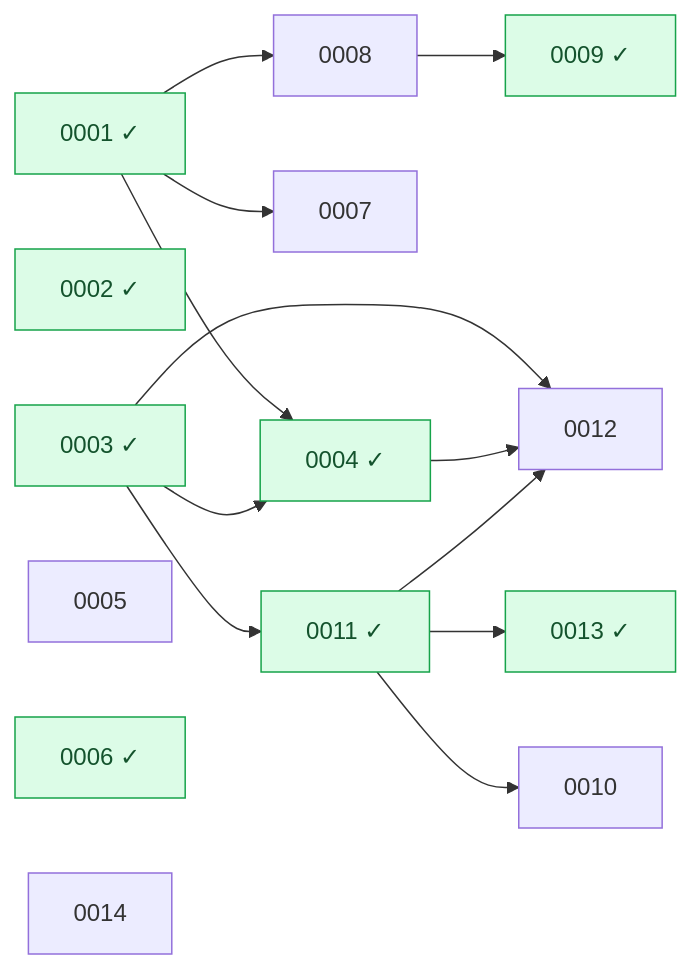
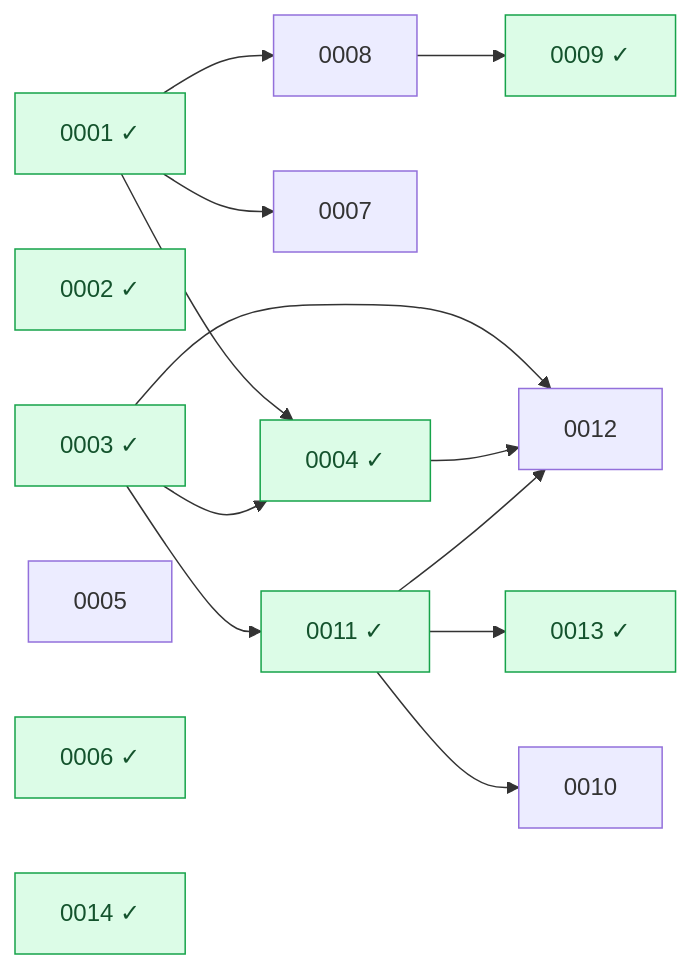
Before and after one commit to Heva-Co/piro: the diagram in docs/rfcs/README.md, drawn with Mermaid. The commit also changed other lines of this file and 1 other file, not shown here.

````diff
--- a/docs/rfcs/README.md
+++ b/docs/rfcs/README.md
@@ -38,37 +38,38 @@
 ```mermaid
 graph LR
   n0001["0001 ✓"]
   n0002["0002 ✓"]
   n0003["0003 ✓"]
   n0004["0004 ✓"]
   n0005["0005"]
   n0006["0006 ✓"]
   n0007["0007"]
   n0008["0008"]
   n0009["0009 ✓"]
   n0010["0010"]
   n0011["0011 ✓"]
   n0012["0012"]
   n0013["0013 ✓"]
-  n0014["0014"]
+  n0014["0014 ✓"]
   n0001 --> n0004
   n0003 --> n0004
   n0001 --> n0007
   n0001 --> n0008
   n0008 --> n0009
   n0011 --> n0010
   n0003 --> n0011
   n0003 --> n0012
   n0004 --> n0012
   n0011 --> n0012
   n0011 --> n0013
   classDef done fill:#dcfce7,stroke:#16a34a,color:#14532d;
   class n0001 done;
   class n0002 done;
   class n0003 done;
   class n0004 done;
   class n0006 done;
   class n0009 done;
   class n0011 done;
   class n0013 done;
+  class n0014 done;
 ```
````
